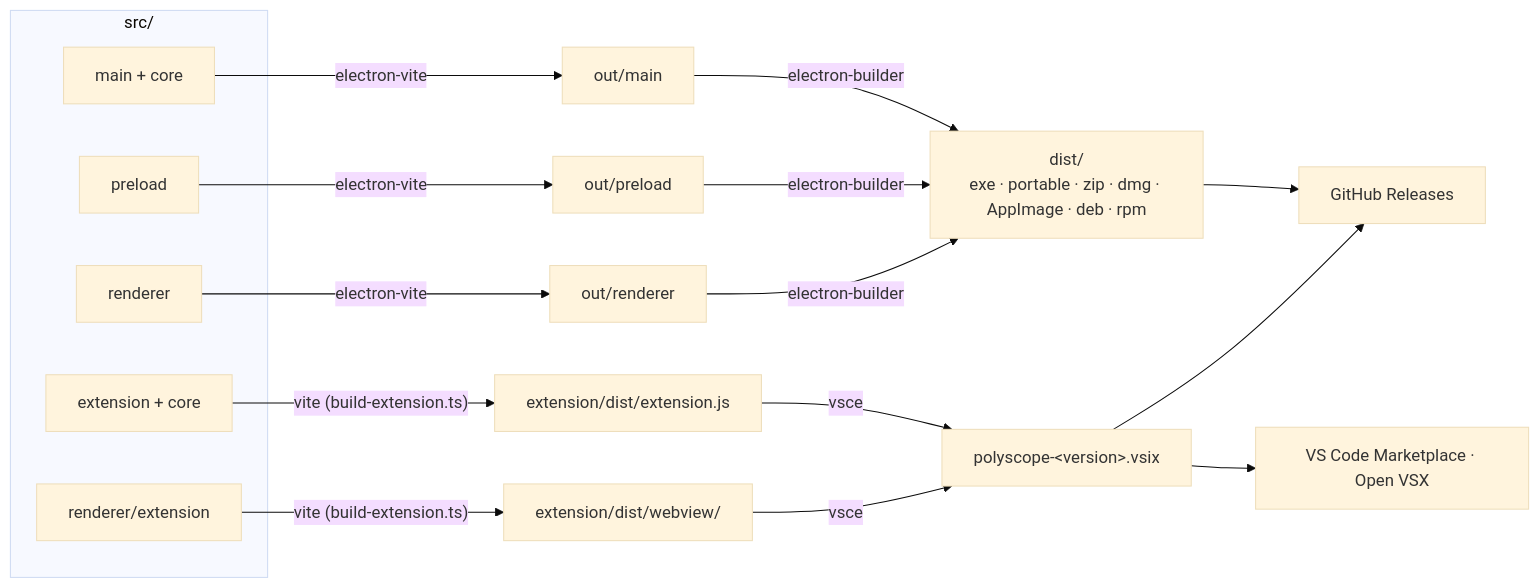
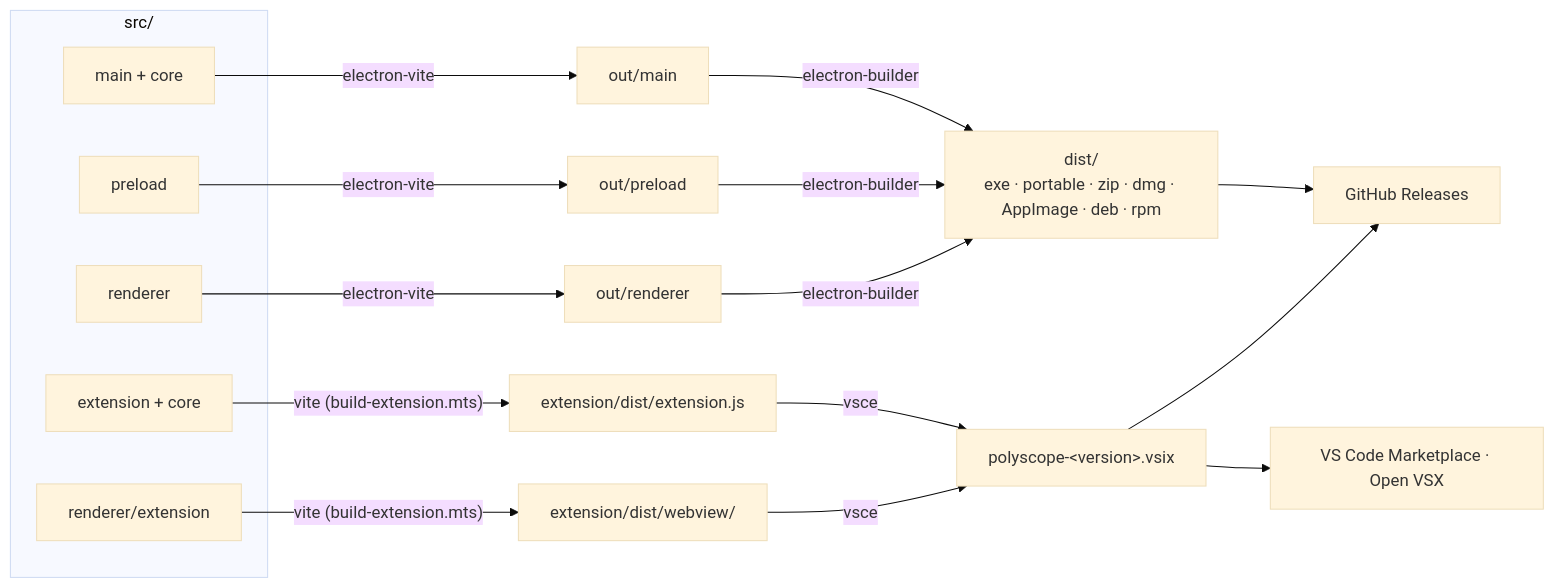
Before and after one commit to ducttapeworksorg/polyscope: the seventh of 7 diagrams in docs/architecture.md, drawn with Mermaid (base theme). The commit also changed other lines of this file and 8 other files, not shown here.

First line of the commit message:
build: run Node scripts as .mts so Node doesn't warn they aren't CommonJS

````diff
--- a/docs/architecture.md
+++ b/docs/architecture.md
@@ -485,20 +485,20 @@
 ```mermaid
 flowchart LR
   subgraph Src["src/"]
     M["main + core"]
     P["preload"]
     R["renderer"]
     E["extension + core"]
     RE["renderer/extension"]
   end
   M -- electron-vite --> OM["out/main"]
   P -- electron-vite --> OP["out/preload"]
   R -- electron-vite --> OR["out/renderer"]
   OM & OP & OR -- electron-builder --> Dist["dist/<br/>exe · portable · zip · dmg · AppImage · deb · rpm"]
-  E -- "vite (build-extension.ts)" --> ED["extension/dist/extension.js"]
-  RE -- "vite (build-extension.ts)" --> EW["extension/dist/webview/"]
+  E -- "vite (build-extension.mts)" --> ED["extension/dist/extension.js"]
+  RE -- "vite (build-extension.mts)" --> EW["extension/dist/webview/"]
   ED & EW -- vsce --> VSIX["polyscope-&lt;version&gt;.vsix"]
   Dist --> GH["GitHub Releases"]
   VSIX --> GH
   VSIX --> Mkt["VS Code Marketplace · Open VSX"]
 ```
````
